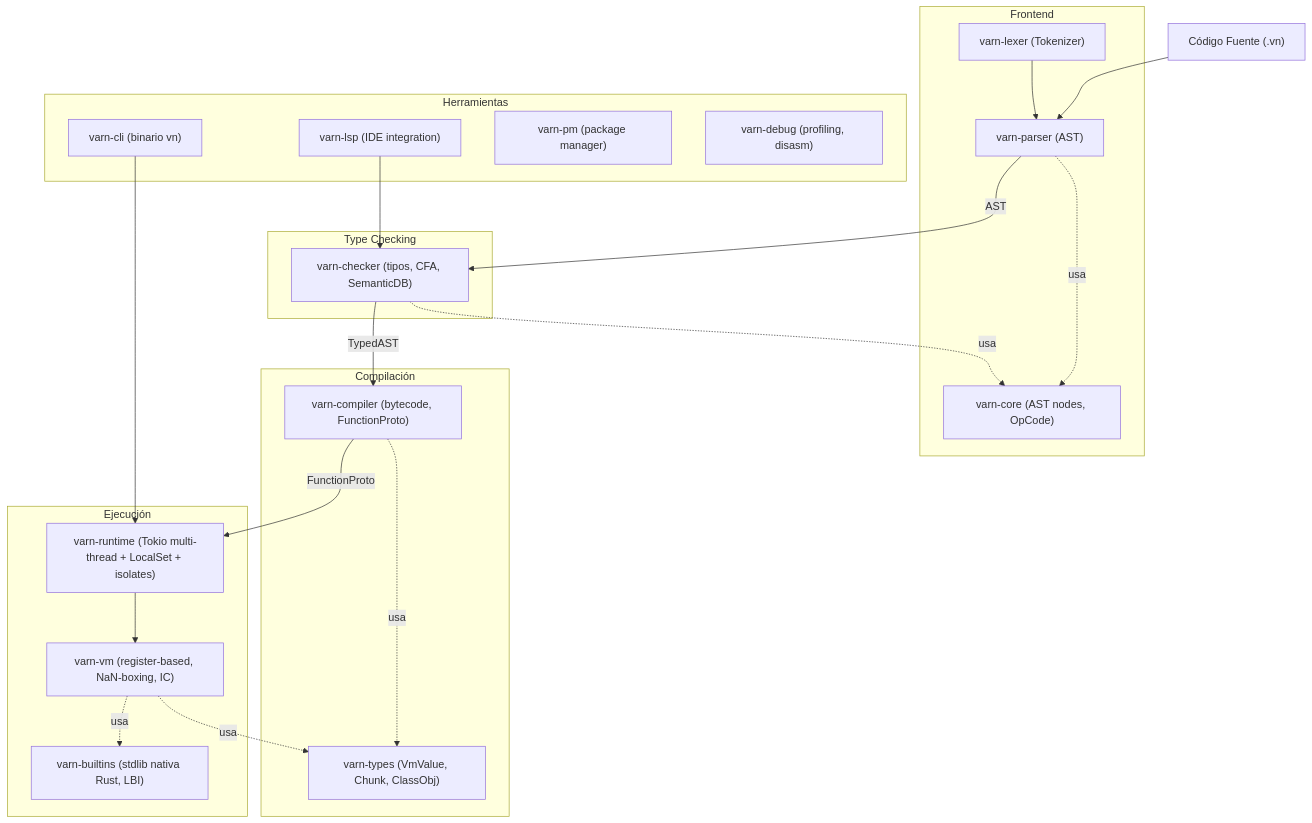
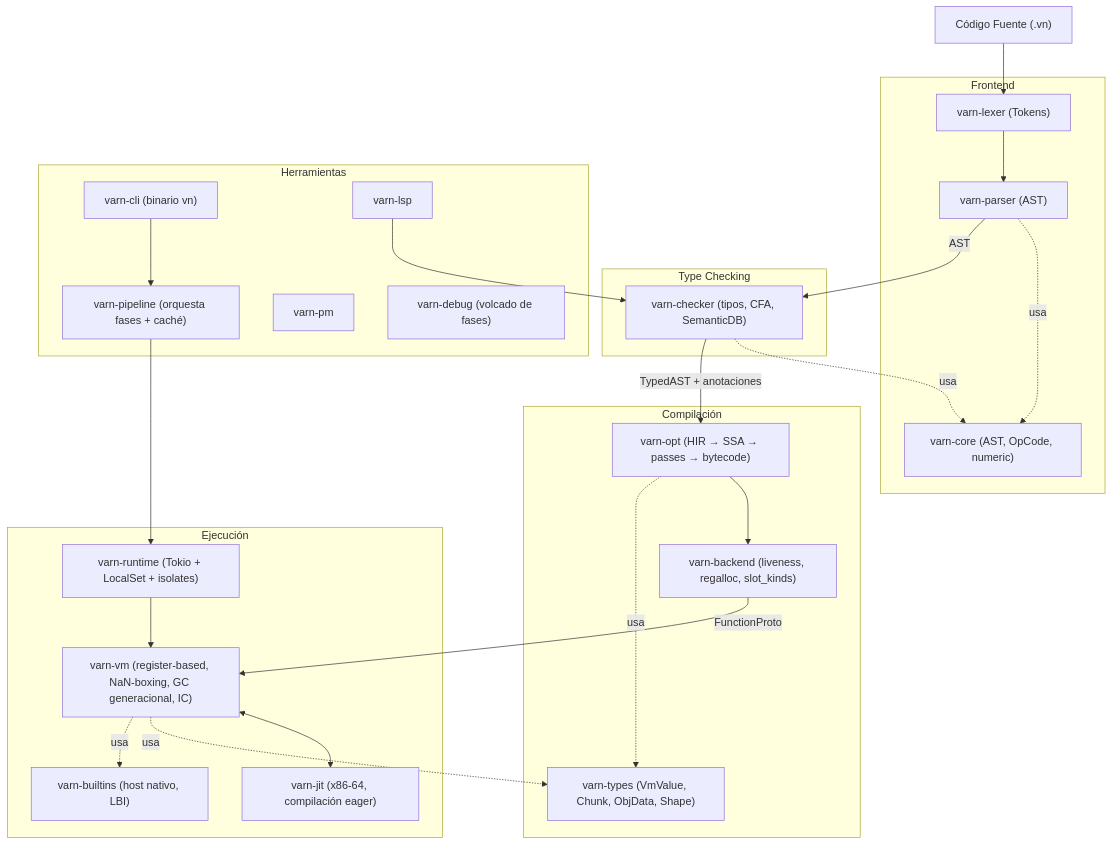
One commit to carlos-burelo/varn changed the diagram in docs/CRATES_STATE.md. Above: the diagram before and after it, drawn with Mermaid. The commit also changed other lines of this file and 10 other files, not shown here.

````diff
--- a/docs/CRATES_STATE.md
+++ b/docs/CRATES_STATE.md
@@ -7,48 +7,54 @@
 ```mermaid
 graph TD
-    SourceText["Código Fuente (.vn)"] --> Parser
+    SourceText["Código Fuente (.vn)"] --> Lexer
 
     subgraph Frontend
-        Lexer["varn-lexer (Tokenizer)"]
+        Lexer["varn-lexer (Tokens)"]
         Parser["varn-parser (AST)"]
-        Core["varn-core (AST nodes, OpCode)"]
+        Core["varn-core (AST, OpCode, numeric)"]
         Lexer --> Parser
         Parser -.usa.-> Core
     end
 
     subgraph MiddleEnd["Type Checking"]
         Checker["varn-checker (tipos, CFA, SemanticDB)"]
         Checker -.usa.-> Core
     end
 
     Parser -- AST --> Checker
 
-    subgraph Backend["Compilación"]
-        Compiler["varn-compiler (bytecode, FunctionProto)"]
-        Types["varn-types (VmValue, Chunk, ClassObj)"]
-        Compiler -.usa.-> Types
+    subgraph Compilacion["Compilación"]
+        Opt["varn-opt (HIR → SSA → passes → bytecode)"]
+        BackEnd["varn-backend (liveness, regalloc, slot_kinds)"]
+        Types["varn-types (VmValue, Chunk, ObjData, Shape)"]
+        Opt --> BackEnd
+        Opt -.usa.-> Types
     end
 
-    Checker -- TypedAST --> Compiler
+    Checker -- TypedAST + anotaciones --> Opt
 
     subgraph Execution["Ejecución"]
-        VM["varn-vm (register-based, NaN-boxing, IC)"]
-        Runtime["varn-runtime (Tokio multi-thread + LocalSet + isolates)"]
-        Builtins["varn-builtins (stdlib nativa Rust, LBI)"]
+        VM["varn-vm (register-based, NaN-boxing, GC generacional, IC)"]
+        Jit["varn-jit (x86-64, compilación eager)"]
+        Runtime["varn-runtime (Tokio + LocalSet + isolates)"]
+        Builtins["varn-builtins (host nativo, LBI)"]
+        VM <--> Jit
         Runtime --> VM
         VM -.usa.-> Types
         VM -.usa.-> Builtins
     end
 
-    Compiler -- FunctionProto --> Runtime
+    BackEnd -- FunctionProto --> VM
 
     subgraph Tools["Herramientas"]
+        Pipeline["varn-pipeline (orquesta fases + caché)"]
         CLI["varn-cli (binario vn)"]
-        LSP["varn-lsp (IDE integration)"]
-        PM["varn-pm (package manager)"]
-        Debug["varn-debug (profiling, disasm)"]
+        LSP["varn-lsp"]
+        PM["varn-pm"]
+        Debug["varn-debug (volcado de fases)"]
     end
 
-    CLI --> Runtime
+    CLI --> Pipeline
+    Pipeline --> Runtime
     LSP --> Checker
 ```
````
